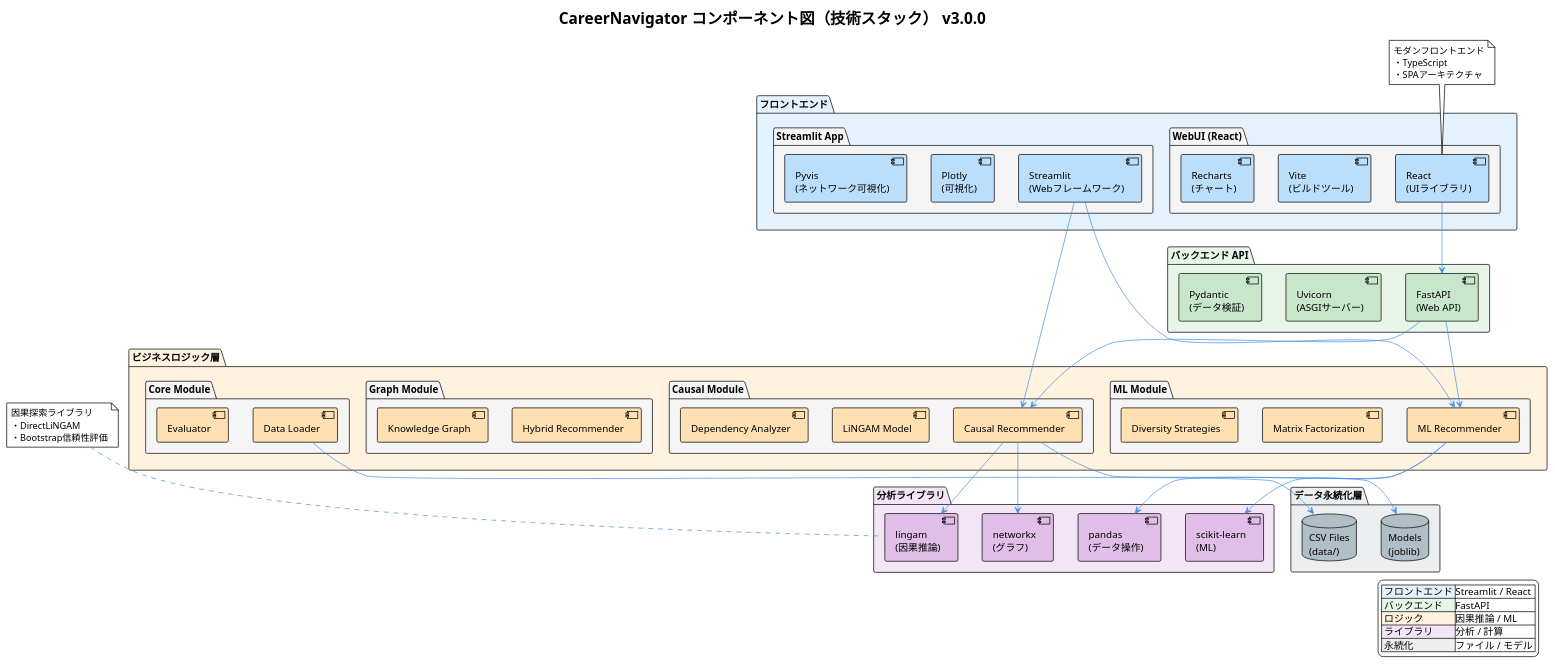
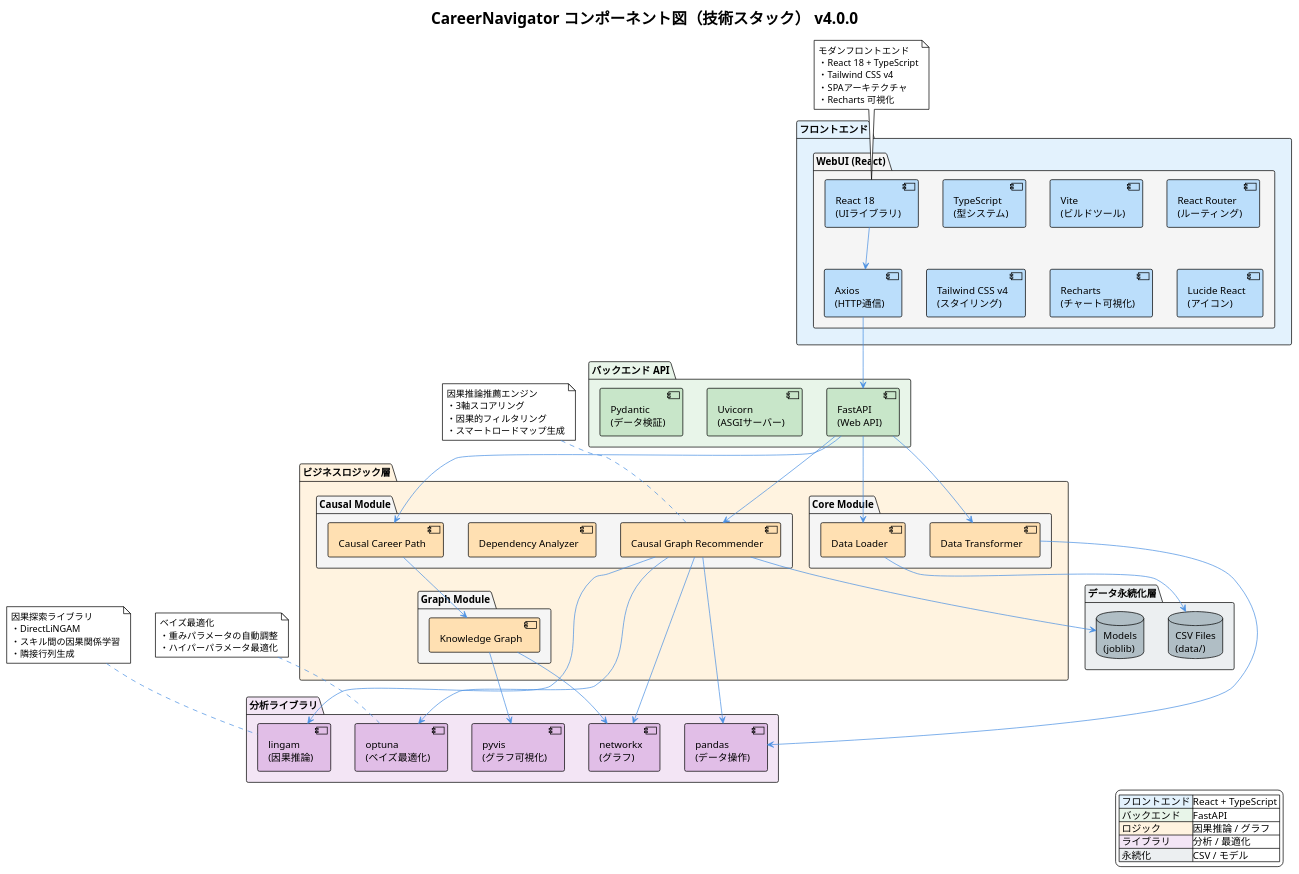
The diagram in docs/plantuml/06_component_diagram.puml (ykato27/CareerNavigator), drawn with PlantUML before and after one commit. The commit also changed 4 other files, not shown here.

First line of the commit message:
docs: Update PlantUML diagrams for WebUI implementation

```diff
--- a/docs/plantuml/06_component_diagram.puml
+++ b/docs/plantuml/06_component_diagram.puml
@@ -1,104 +1,120 @@
 @startuml コンポーネント図
 !theme plain
 skinparam backgroundColor #FFFFFF
 skinparam componentBackgroundColor #E8F4F8
 skinparam packageBackgroundColor #F5F5F5
 skinparam databaseBackgroundColor #FFEBEE
 skinparam arrowColor #4A90E2
 skinparam defaultFontName "Noto Sans CJK JP, IPAGothic, MS Gothic, sans-serif"
 
-title CareerNavigator コンポーネント図（技術スタック） v3.0.0
+title CareerNavigator コンポーネント図（技術スタック） v4.0.0
 
 package "フロントエンド" #E3F2FD {
-  package "Streamlit App" {
-    [Streamlit\n(Webフレームワーク)] as Streamlit #BBDEFB
-    [Plotly\n(可視化)] as Plotly #BBDEFB
-    [Pyvis\n(ネットワーク可視化)] as Pyvis #BBDEFB
-  }
-  
   package "WebUI (React)" {
-    [React\n(UIライブラリ)] as React #BBDEFB
+    [React 18\n(UIライブラリ)] as React #BBDEFB
+    [TypeScript\n(型システム)] as TypeScript #BBDEFB
     [Vite\n(ビルドツール)] as Vite #BBDEFB
-    [Recharts\n(チャート)] as Recharts #BBDEFB
+    [React Router\n(ルーティング)] as Router #BBDEFB
+    [Tailwind CSS v4\n(スタイリング)] as Tailwind #BBDEFB
+    [Recharts\n(チャート可視化)] as Recharts #BBDEFB
+    [Axios\n(HTTP通信)] as Axios #BBDEFB
+    [Lucide React\n(アイコン)] as Icons #BBDEFB
   }
 }
 
 package "バックエンド API" #E8F5E9 {
   [FastAPI\n(Web API)] as FastAPI #C8E6C9
   [Uvicorn\n(ASGIサーバー)] as Uvicorn #C8E6C9
   [Pydantic\n(データ検証)] as Pydantic #C8E6C9
 }
 
 package "ビジネスロジック層" #FFF3E0 {
 
   package "Causal Module" {
-    [Causal Recommender] as CausalRec #FFE0B2
-    [LiNGAM Model] as LiNGAM #FFE0B2
+    [Causal Graph Recommender] as CausalRec #FFE0B2
     [Dependency Analyzer] as DepAnalyzer #FFE0B2
-  }
-
-  package "ML Module" {
-    [ML Recommender] as MLRec #FFE0B2
-    [Matrix Factorization] as NMF #FFE0B2
-    [Diversity Strategies] as Diversity #FFE0B2
+    [Causal Career Path] as CareerPath #FFE0B2
   }
 
   package "Graph Module" {
-    [Hybrid Recommender] as HybridRec #FFE0B2
     [Knowledge Graph] as KGraph #FFE0B2
   }
-  
+
   package "Core Module" {
     [Data Loader] as DataLoader #FFE0B2
-    [Evaluator] as Evaluator #FFE0B2
+    [Data Transformer] as DataTransformer #FFE0B2
   }
 }
 
 package "分析ライブラリ" #F3E5F5 {
   [lingam\n(因果推論)] as LingamLib #E1BEE7
-  [scikit-learn\n(ML)] as SkLearn #E1BEE7
+  [optuna\n(ベイズ最適化)] as Optuna #E1BEE7
   [pandas\n(データ操作)] as Pandas #E1BEE7
   [networkx\n(グラフ)] as NetworkX #E1BEE7
+  [pyvis\n(グラフ可視化)] as Pyvis #E1BEE7
 }
 
 package "データ永続化層" #ECEFF1 {
   database "CSV Files\n(data/)" as CSV #B0BEC5
   database "Models\n(joblib)" as Models #B0BEC5
 }
 
 ' 依存関係
-Streamlit --> CausalRec
-Streamlit --> MLRec
-React --> FastAPI
+React --> Axios
+Axios --> FastAPI
+
 FastAPI --> CausalRec
-FastAPI --> MLRec
+FastAPI --> CareerPath
+FastAPI --> DataLoader
+FastAPI --> DataTransformer
 
 CausalRec --> LingamLib
+CausalRec --> Optuna
 CausalRec --> NetworkX
-MLRec --> SkLearn
-MLRec --> Pandas
+CausalRec --> Pandas
+
+CareerPath --> KGraph
+KGraph --> NetworkX
+KGraph --> Pyvis
 
 DataLoader --> CSV
 CausalRec --> Models
+DataTransformer --> Pandas
 
 note top of React
   モダンフロントエンド
-  ・TypeScript
+  ・React 18 + TypeScript
+  ・Tailwind CSS v4
   ・SPAアーキテクチャ
+  ・Recharts 可視化
 end note
 
 note top of LingamLib
   因果探索ライブラリ
   ・DirectLiNGAM
-  ・Bootstrap信頼性評価
+  ・スキル間の因果関係学習
+  ・隣接行列生成
+end note
+
+note top of Optuna
+  ベイズ最適化
+  ・重みパラメータの自動調整
+  ・ハイパーパラメータ最適化
+end note
+
+note top of CausalRec
+  因果推論推薦エンジン
+  ・3軸スコアリング
+  ・因果的フィルタリング
+  ・スマートロードマップ生成
 end note
 
 legend right
-  |<#E3F2FD> フロントエンド |Streamlit / React |
+  |<#E3F2FD> フロントエンド |React + TypeScript |
   |<#E8F5E9> バックエンド |FastAPI |
-  |<#FFF3E0> ロジック |因果推論 / ML |
-  |<#F3E5F5> ライブラリ |分析 / 計算 |
-  |<#ECEFF1> 永続化 |ファイル / モデル |
+  |<#FFF3E0> ロジック |因果推論 / グラフ |
+  |<#F3E5F5> ライブラリ |分析 / 最適化 |
+  |<#ECEFF1> 永続化 |CSV / モデル |
 endlegend
 
 @enduml
```
